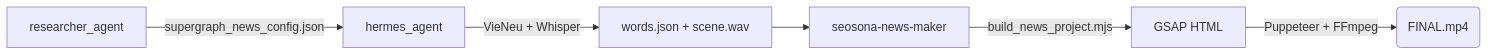
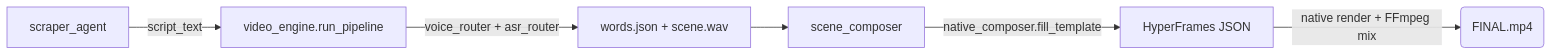
The diagram in docs/05_PIPELINE_SEQUENCES.md (LongLeo287/SEOSONA-Video-AI), drawn with Mermaid before and after one commit. The commit also changed other lines of this file and 286 other files, not shown here.

First line of the commit message:
@ refactor(video): unify engine (video_engine→native_composer) + talking-head engine + lean cleanup

````diff
--- a/docs/05_PIPELINE_SEQUENCES.md
+++ b/docs/05_PIPELINE_SEQUENCES.md
@@ -11,8 +11,8 @@
 ```mermaid
 graph LR
-    A[researcher_agent] -->|supergraph_news_config.json| B[hermes_agent]
-    B -->|VieNeu + Whisper| C[words.json + scene.wav]
-    C --> D[seosona-news-maker]
-    D -->|build_news_project.mjs| E[GSAP HTML]
-    E -->|Puppeteer + FFmpeg| F(FINAL.mp4)
+    A[scraper_agent] -->|script_text| B[video_engine.run_pipeline]
+    B -->|voice_router + asr_router| C[words.json + scene.wav]
+    C --> D[scene_composer]
+    D -->|native_composer.fill_template| E[HyperFrames JSON]
+    E -->|native render + FFmpeg mix| F(FINAL.mp4)
 ```
````
